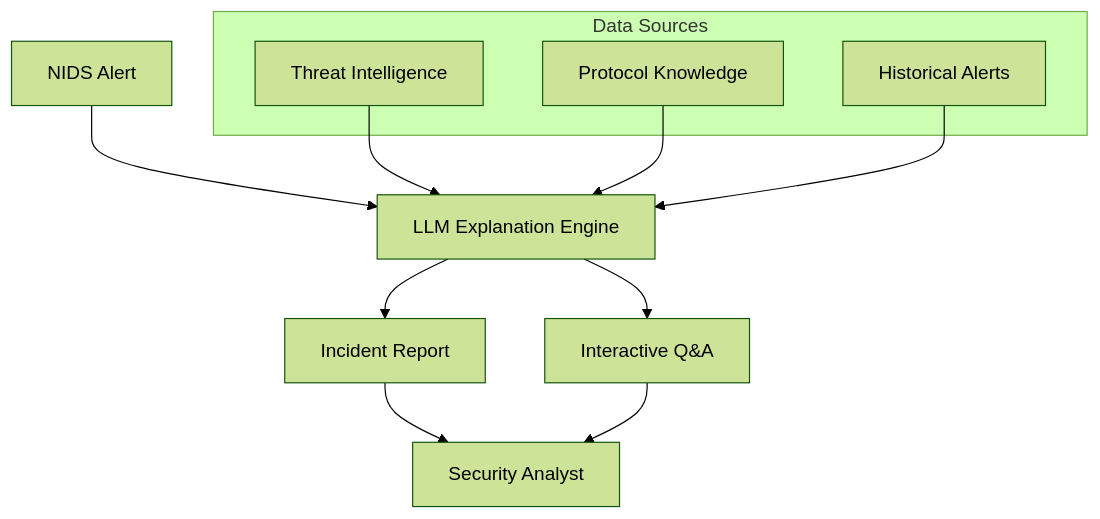
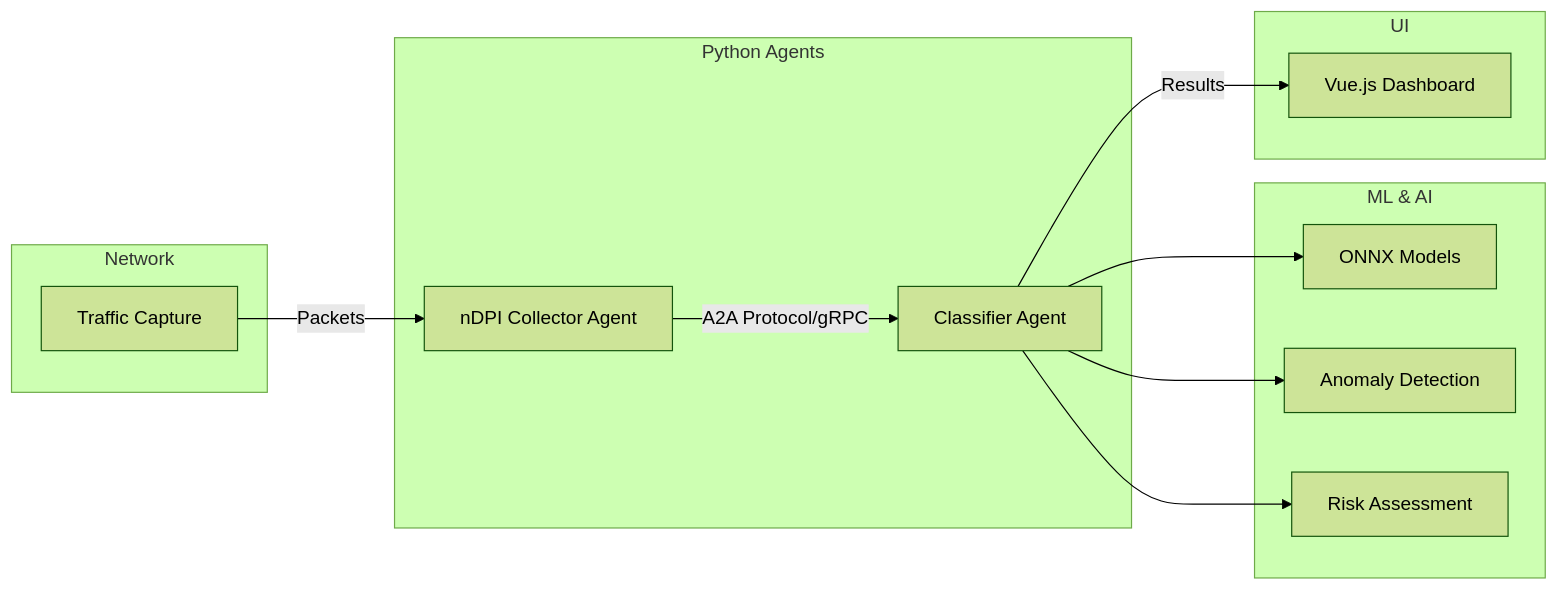
The diagram in README.md (giorgiozoppi/agentic-nids), drawn with Mermaid (forest theme) before and after one commit. The commit also changed other lines of this file and 82 other files, not shown here.

````diff
--- a/README.md
+++ b/README.md
@@ -117,16 +19,25 @@
 ```mermaid
-flowchart TD
-	A[NIDS Alert] --> B[LLM Explanation Engine]
-	B --> C[Incident Report]
-	B --> D[Interactive Q&A]
-	C --> E[Security Analyst]
-	D --> E
-	subgraph Data Sources
-		F[Threat Intelligence]
-		G[Protocol Knowledge]
-		H[Historical Alerts]
-	end
-	F --> B
-	G --> B
-	H --> B
+flowchart LR
+    subgraph Network
+        A[Traffic Capture]
+    end
+    subgraph Python Agents
+        B[nDPI Collector Agent]
+        C[Classifier Agent]
+    end
+    subgraph ML & AI
+        D[ONNX Models]
+        E[Anomaly Detection]
+        F[Risk Assessment]
+    end
+    subgraph UI
+        G[Vue.js Dashboard]
+    end
+
+    A -->|Packets| B
+    B -->|A2A Protocol/gRPC| C
+    C --> D
+    C --> E
+    C --> F
+    C -->|Results| G
 ```
````
